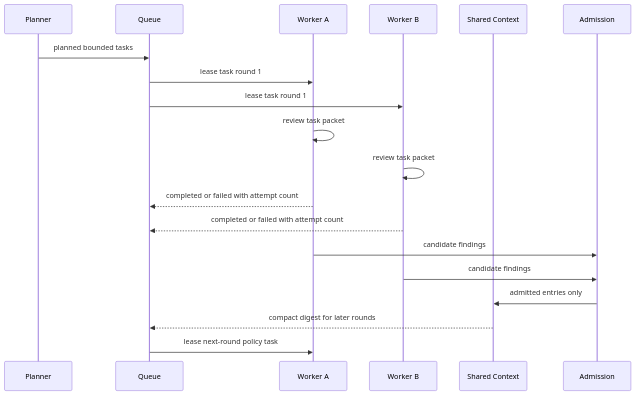
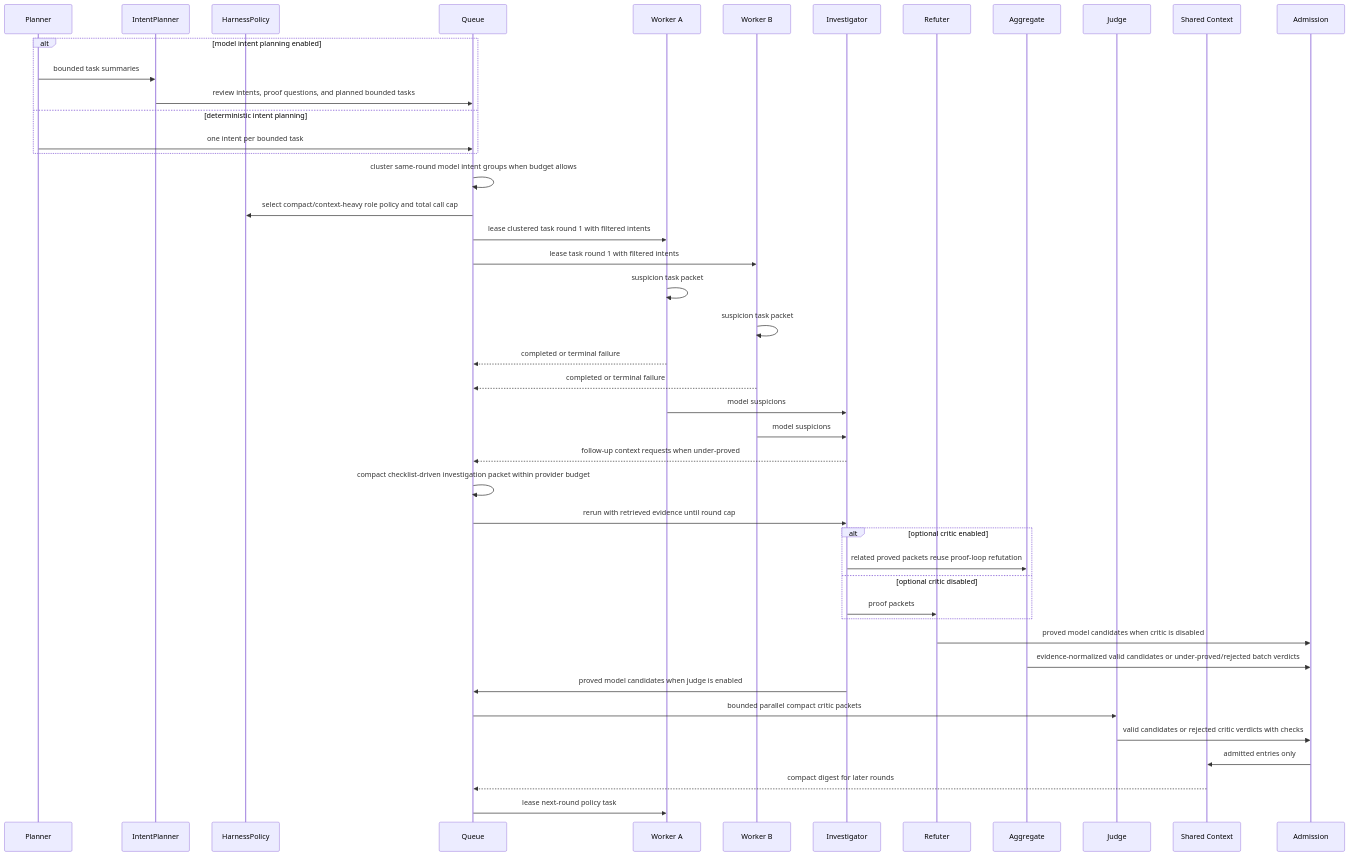
One commit to sebastianwessel/codereviewer changed the third of 3 diagrams in docs/concepts/review-modes-and-flows.md. Above: the diagram before and after it, drawn with Mermaid. The commit also changed other lines of this file and 521 other files, not shown here.

First line of the commit message:
Accuracy analysis, schema-drift hardening, precision + token tuning

````diff
--- a/docs/concepts/review-modes-and-flows.md
+++ b/docs/concepts/review-modes-and-flows.md
@@ -92,22 +192,48 @@
 ```mermaid
 sequenceDiagram
   participant Planner
+  participant IntentPlanner
+  participant HarnessPolicy
   participant Queue
   participant WorkerA as Worker A
   participant WorkerB as Worker B
+  participant Investigator
+  participant Refuter
+  participant Aggregate
+  participant Judge
   participant Shared as Shared Context
   participant Admission
 
-  Planner->>Queue: planned bounded tasks
-  Queue->>WorkerA: lease task round 1
-  Queue->>WorkerB: lease task round 1
-  WorkerA->>WorkerA: review task packet
-  WorkerB->>WorkerB: review task packet
-  WorkerA-->>Queue: completed or failed with attempt count
-  WorkerB-->>Queue: completed or failed with attempt count
-  WorkerA->>Admission: candidate findings
-  WorkerB->>Admission: candidate findings
+  alt model intent planning enabled
+    Planner->>IntentPlanner: bounded task summaries
+    IntentPlanner->>Queue: review intents, proof questions, and planned bounded tasks
+  else deterministic intent planning
+    Planner->>Queue: one intent per bounded task
+  end
+  Queue->>Queue: cluster same-round model intent groups when budget allows
+  Queue->>HarnessPolicy: select compact/context-heavy role policy and total call cap
+  Queue->>WorkerA: lease clustered task round 1 with filtered intents
+  Queue->>WorkerB: lease task round 1 with filtered intents
+  WorkerA->>WorkerA: suspicion task packet
+  WorkerB->>WorkerB: suspicion task packet
+  WorkerA-->>Queue: completed or terminal failure
+  WorkerB-->>Queue: completed or terminal failure
+  WorkerA->>Investigator: model suspicions
+  WorkerB->>Investigator: model suspicions
+  Investigator-->>Queue: follow-up context requests when under-proved
+  Queue->>Queue: compact checklist-driven investigation packet within provider budget
+  Queue->>Investigator: rerun with retrieved evidence until round cap
+  alt optional critic enabled
+    Investigator->>Aggregate: related proved packets reuse proof-loop refutation
+  else optional critic disabled
+    Investigator->>Refuter: proof packets
+  end
+  Refuter->>Admission: proved model candidates when critic is disabled
+  Aggregate->>Admission: evidence-normalized valid candidates or under-proved/rejected batch verdicts
+  Investigator->>Queue: proved model candidates when judge is enabled
+  Queue->>Judge: bounded parallel compact critic packets
+  Judge->>Admission: valid candidates or rejected critic verdicts with checks
   Admission->>Shared: admitted entries only
   Shared-->>Queue: compact digest for later rounds
   Queue->>WorkerA: lease next-round policy task
 ```
````
